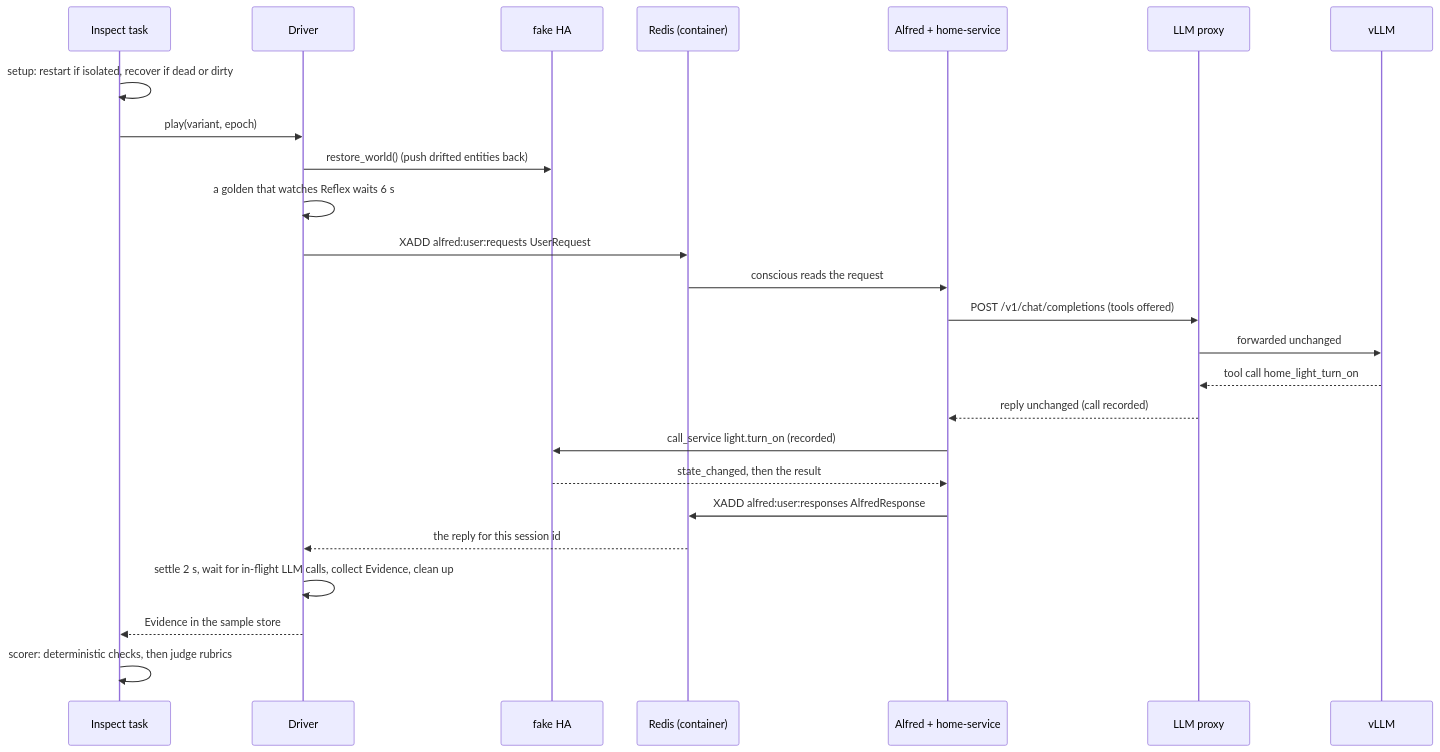
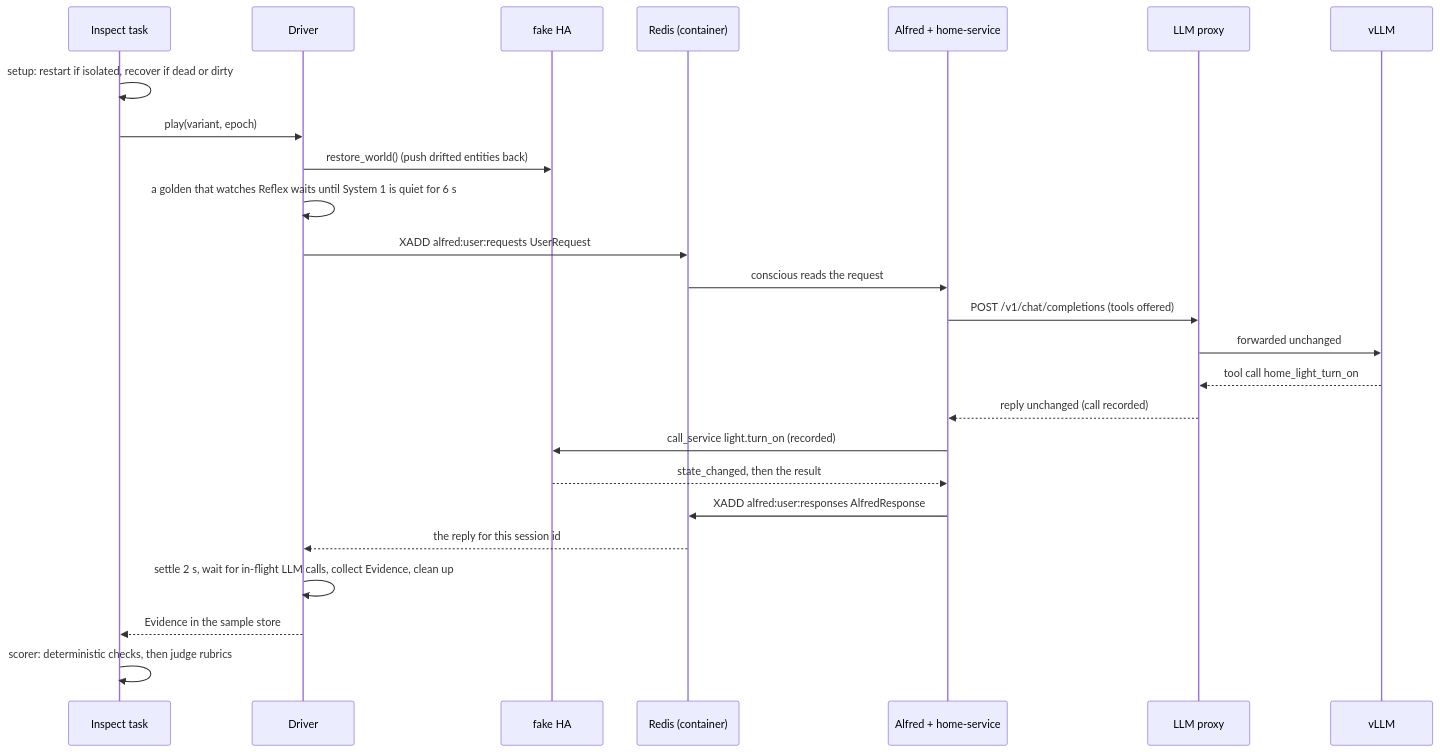
One commit to anirudhlath/alfred changed the second of 2 diagrams in docs/evals.md. Above: the diagram before and after it, drawn with Mermaid. The commit also changed other lines of this file and 2 other files, not shown here.

Commit message:
fix(evals): a reflex golden starts once System 1 is quiet after the restore, not on a fixed sleep

````diff
--- a/docs/evals.md
+++ b/docs/evals.md
@@ -196,28 +196,28 @@
 ```mermaid
 sequenceDiagram
     participant T as Inspect task
     participant D as Driver
     participant H as fake HA
     participant R as Redis (container)
     participant A as Alfred + home-service
     participant P as LLM proxy
     participant V as vLLM
 
     T->>T: setup: restart if isolated, recover if dead or dirty
     T->>D: play(variant, epoch)
     D->>H: restore_world() (push drifted entities back)
-    D->>D: a golden that watches Reflex waits 6 s
+    D->>D: a golden that watches Reflex waits until System 1 is quiet for 6 s
     D->>R: XADD alfred:user:requests UserRequest
     R->>A: conscious reads the request
     A->>P: POST /v1/chat/completions (tools offered)
     P->>V: forwarded unchanged
     V-->>P: tool call home_light_turn_on
     P-->>A: reply unchanged (call recorded)
     A->>H: call_service light.turn_on (recorded)
     H-->>A: state_changed, then the result
     A->>R: XADD alfred:user:responses AlfredResponse
     R-->>D: the reply for this session id
     D->>D: settle 2 s, wait for in-flight LLM calls, collect Evidence, clean up
     D-->>T: Evidence in the sample store
     T->>T: scorer: deterministic checks, then judge rubrics
 ```
````
